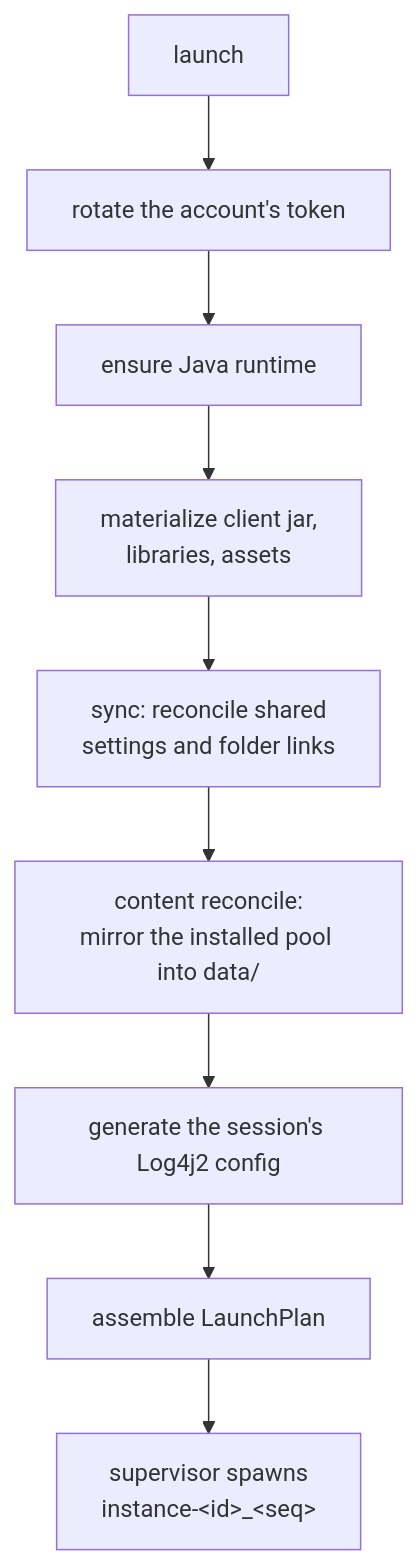
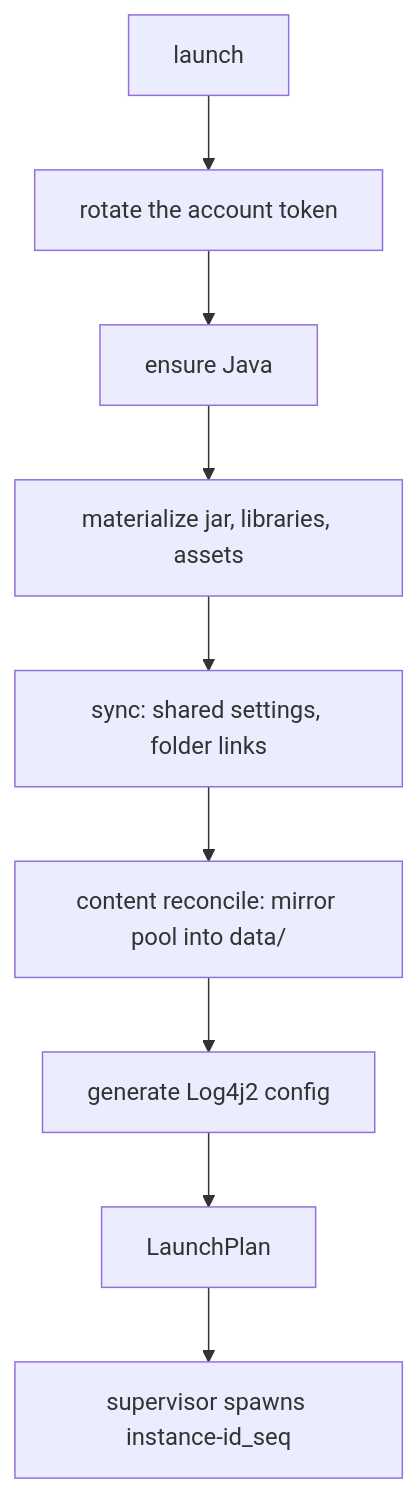
Before and after one commit to prytaneum/hestia: the second of 4 diagrams in docs/architecture/entries.md, drawn with Mermaid. The commit also changed other lines of this file and 11 other files, not shown here.

Commit message:
docs(architecture): describe the current system only

````diff
--- a/docs/architecture/entries.md
+++ b/docs/architecture/entries.md
@@ -209,11 +118,6 @@
 ```mermaid
 flowchart TD
-    L["launch"] --> ACC["rotate the account's token"]
-    ACC --> J["ensure Java runtime"]
-    J --> MAT["materialize client jar,<br/>libraries, assets"]
-    MAT --> SYNC["sync: reconcile shared<br/>settings and folder links"]
-    SYNC --> MIRROR["content reconcile:<br/>mirror the installed pool into data/"]
-    MIRROR --> LOG["generate the session's Log4j2 config"]
-    LOG --> PLAN["assemble LaunchPlan"]
-    PLAN --> SPAWN["supervisor spawns<br/>instance-&lt;id&gt;_&lt;seq&gt;"]
+    L["launch"] --> ACC["rotate the account token"] --> J["ensure Java"] --> MAT["materialize jar, libraries, assets"]
+    MAT --> SYNC["sync: shared settings, folder links"] --> MIRROR["content reconcile: mirror pool into data/"]
+    MIRROR --> LOG["generate Log4j2 config"] --> PLAN["LaunchPlan"] --> SPAWN["supervisor spawns instance-id_seq"]
 ```
````
